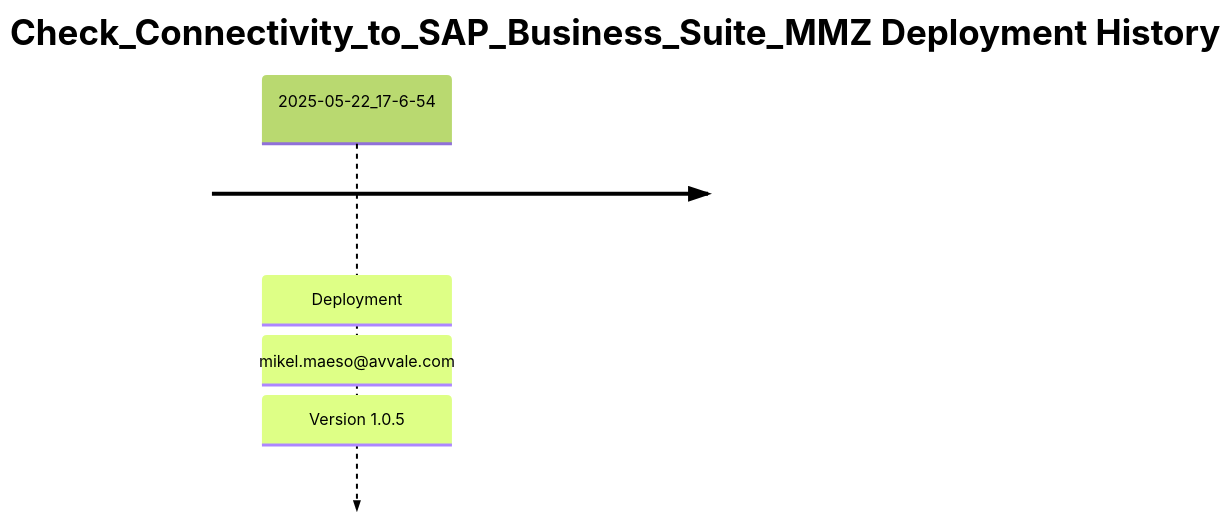
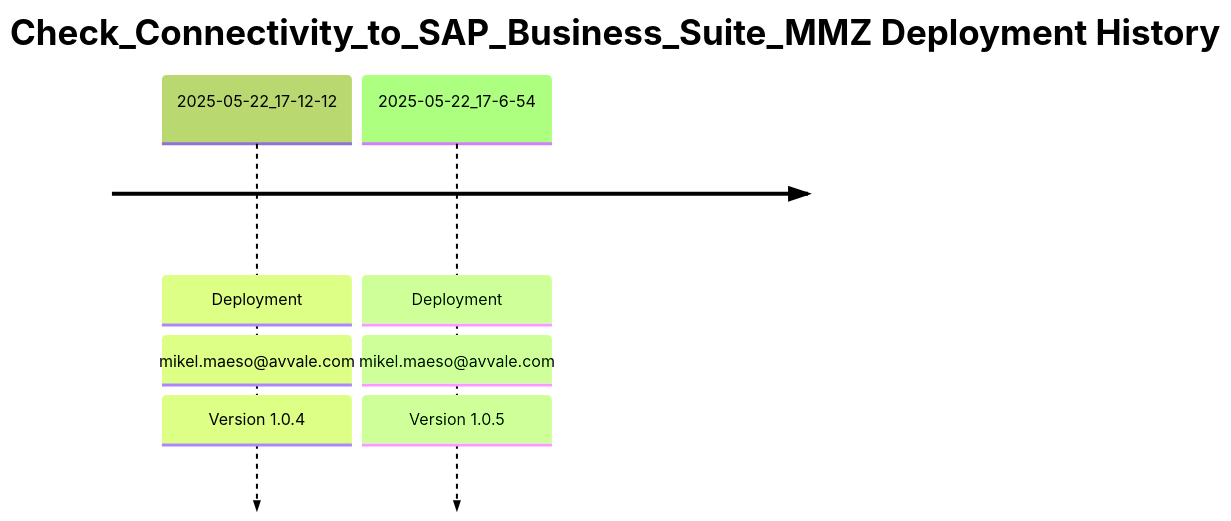
Before and after one commit to Avvale-IA-CICD/AvvaleCPI: the diagram in MMZ - Cell Iflows/Check_Connectivity_to_SAP_Business_Suite_MMZ/README.md, drawn with Mermaid. The commit also changed other lines of this file, not shown here.

Commit message:
docs: Update master README for MMZ - Cell Iflows/Check_Connectivity_to_SAP_Business_Suite_MMZ (v 1.0.4)

````diff
--- a/MMZ - Cell Iflows/Check_Connectivity_to_SAP_Business_Suite_MMZ/README.md
+++ b/MMZ - Cell Iflows/Check_Connectivity_to_SAP_Business_Suite_MMZ/README.md
@@ -7,6 +7,7 @@
 ```mermaid
 %%{init: { 'logLevel': 'debug', 'theme': 'forest' } }%%
 timeline
     title Check_Connectivity_to_SAP_Business_Suite_MMZ Deployment History
+    2025-05-22_17-12-12 : Deployment : mikel.maeso@avvale.com : Version 1.0.4
     2025-05-22_17-6-54 : Deployment : mikel.maeso@avvale.com : Version 1.0.5
 ```
````
